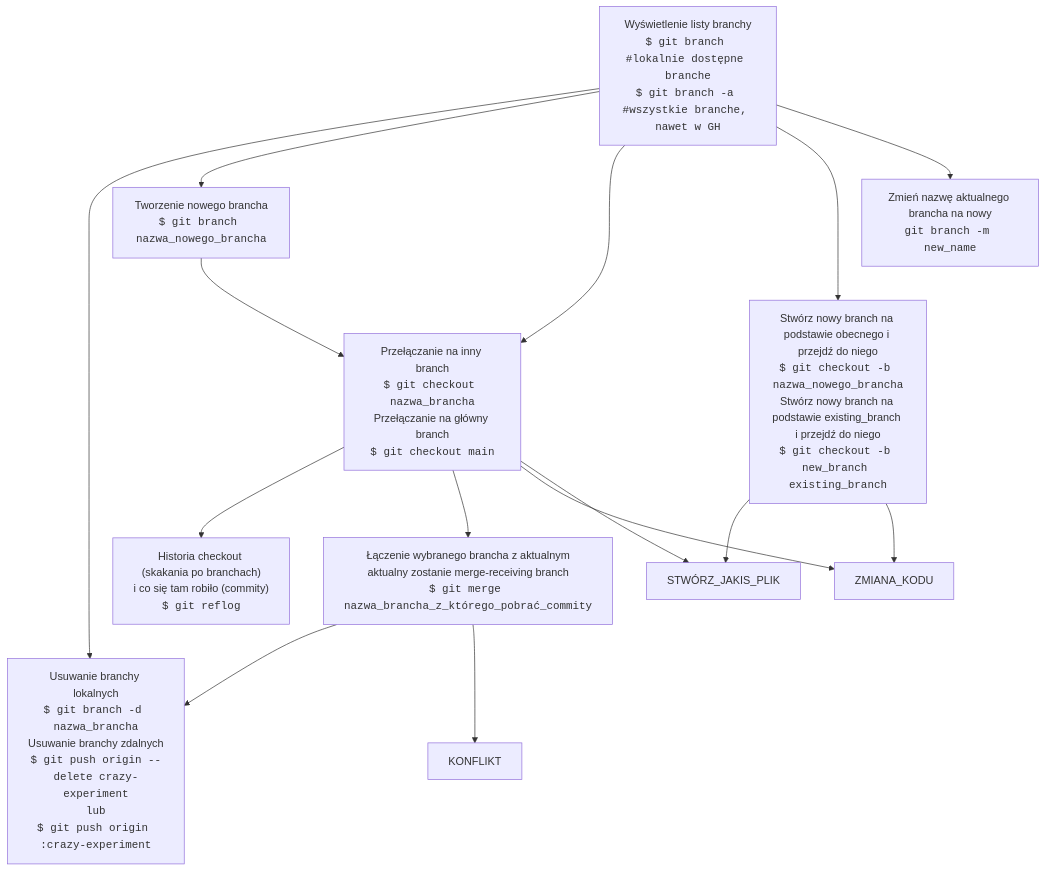
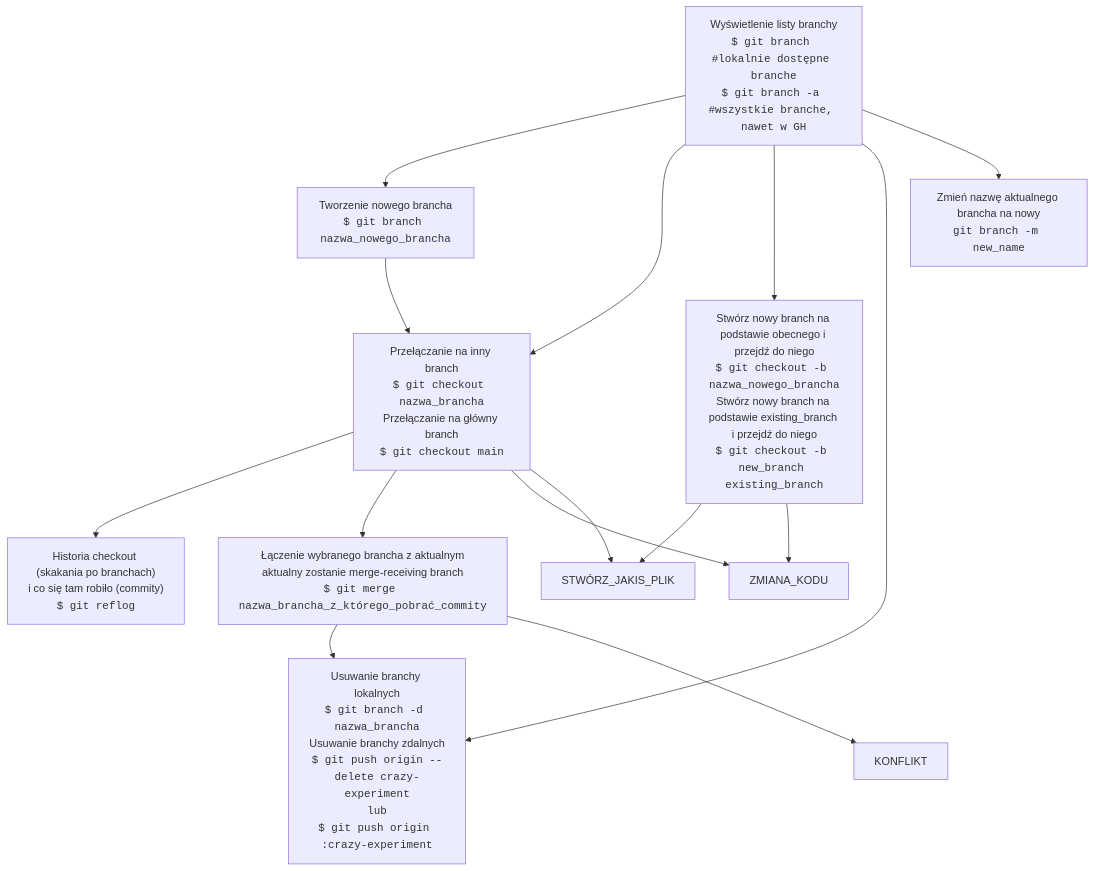
One commit to dankuc237/notatki changed the third of 3 diagrams in git-graph.md. Above: the diagram before and after it, drawn with Mermaid. The commit also changed other lines of this file, not shown here.

Commit message:
dodanie info w grafach BRANCH

````diff
--- a/git-graph.md
+++ b/git-graph.md
@@ -62,26 +63,26 @@
 ```mermaid
 graph TB
         LIST_ALL_BRANCHES["Wyświetlenie listy branchy<br><code>$ git branch #lokalnie dostępne branche<br>$ git branch -a #wszystkie branche, nawet w GH</code>"]
         DELETE_BRANCH["Usuwanie branchy lokalnych<br><code>$ git branch -d nazwa_brancha</code><br>Usuwanie branchy zdalnych<br><code>$ git push origin --delete crazy-experiment<br>lub<br>$ git push origin :crazy-experiment</code>"]
         RENAME_BRANCH["Zmień nazwę aktualnego brancha na nowy<br><code>git branch -m new_name</code>"]
         CREATE_NEW_BRANCH["Tworzenie nowego brancha<br><code>$ git branch nazwa_nowego_brancha</code>"]
         CREATE_BRANCH_AND_SWITCH["Stwórz nowy branch na podstawie obecnego i przejdź do niego<br><code>$ git checkout -b nazwa_nowego_brancha</code><br>Stwórz nowy branch na podstawie existing_branch i przejdź do niego<br><code>$ git checkout -b new_branch existing_branch</code>"]
         SWITCH_BRANCH["Przełączanie na inny branch<br><code>$ git checkout nazwa_brancha</code><br>Przełączanie na główny branch<br><code>$ git checkout main</code>"]
         PRINT_CHECKOUT_OPERATION_HISTORY["Historia checkout (skakania po branchach)<br>i co się tam robiło (commity)<br><code>$ git reflog</code>"]
         MERGE_BRANCHES["Łączenie wybranego brancha z aktualnym<br>aktualny zostanie merge-receiving branch<br><code>$ git merge nazwa_brancha_z_którego_pobrać_commity</code>"]
         
+        LIST_ALL_BRANCHES --> CREATE_NEW_BRANCH
+        LIST_ALL_BRANCHES --> SWITCH_BRANCH
+        LIST_ALL_BRANCHES --> CREATE_BRANCH_AND_SWITCH
         LIST_ALL_BRANCHES --> DELETE_BRANCH
-        LIST_ALL_BRANCHES --> CREATE_NEW_BRANCH
+        LIST_ALL_BRANCHES --> RENAME_BRANCH
         CREATE_NEW_BRANCH --> SWITCH_BRANCH
         SWITCH_BRANCH --> PRINT_CHECKOUT_OPERATION_HISTORY
-        LIST_ALL_BRANCHES --> SWITCH_BRANCH
         SWITCH_BRANCH --> MERGE_BRANCHES
         MERGE_BRANCHES --> DELETE_BRANCH
         MERGE_BRANCHES --> KONFLIKT
-        LIST_ALL_BRANCHES --> CREATE_BRANCH_AND_SWITCH
-        LIST_ALL_BRANCHES --> RENAME_BRANCH
         CREATE_BRANCH_AND_SWITCH --> STWÓRZ_JAKIS_PLIK
         CREATE_BRANCH_AND_SWITCH --> ZMIANA_KODU
         SWITCH_BRANCH --> ZMIANA_KODU
         SWITCH_BRANCH --> STWÓRZ_JAKIS_PLIK
 ```
````
